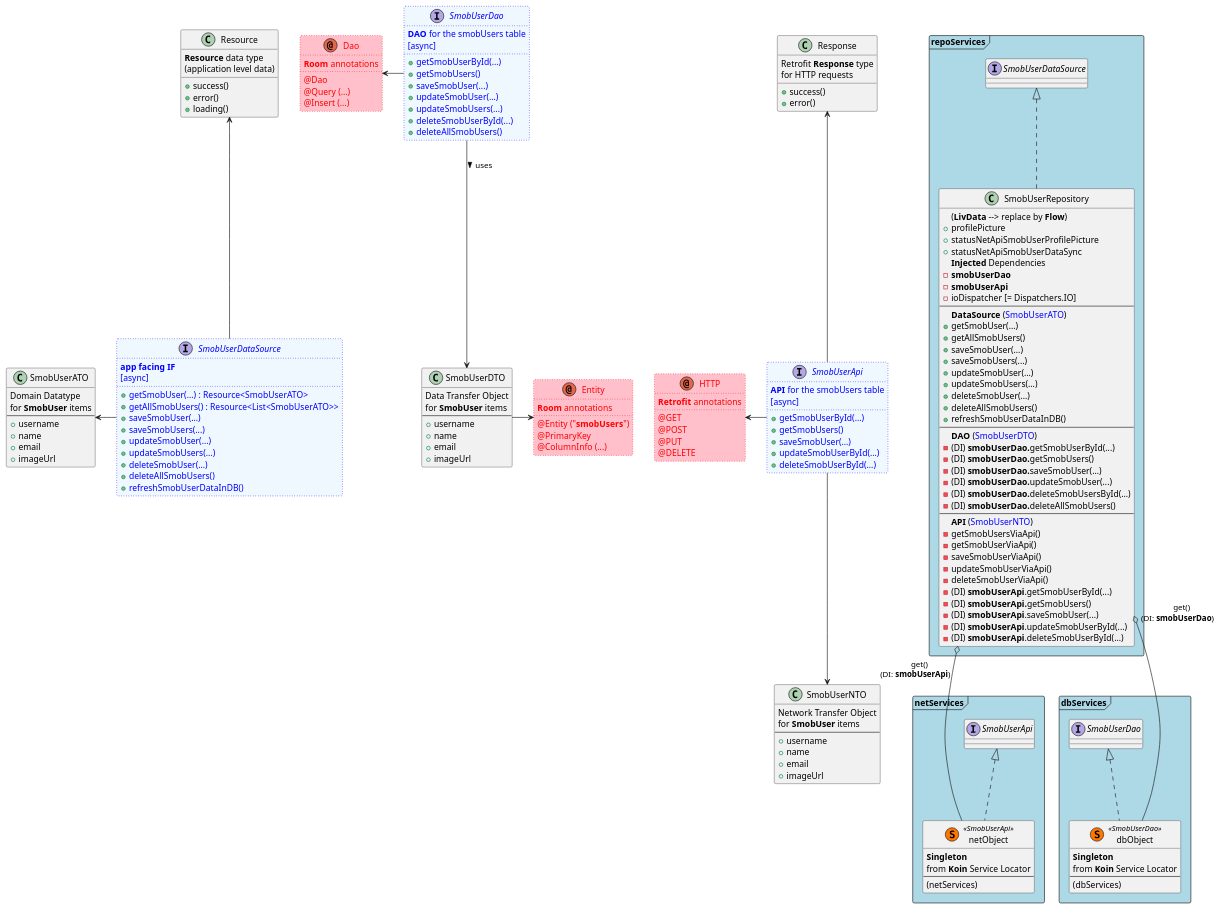
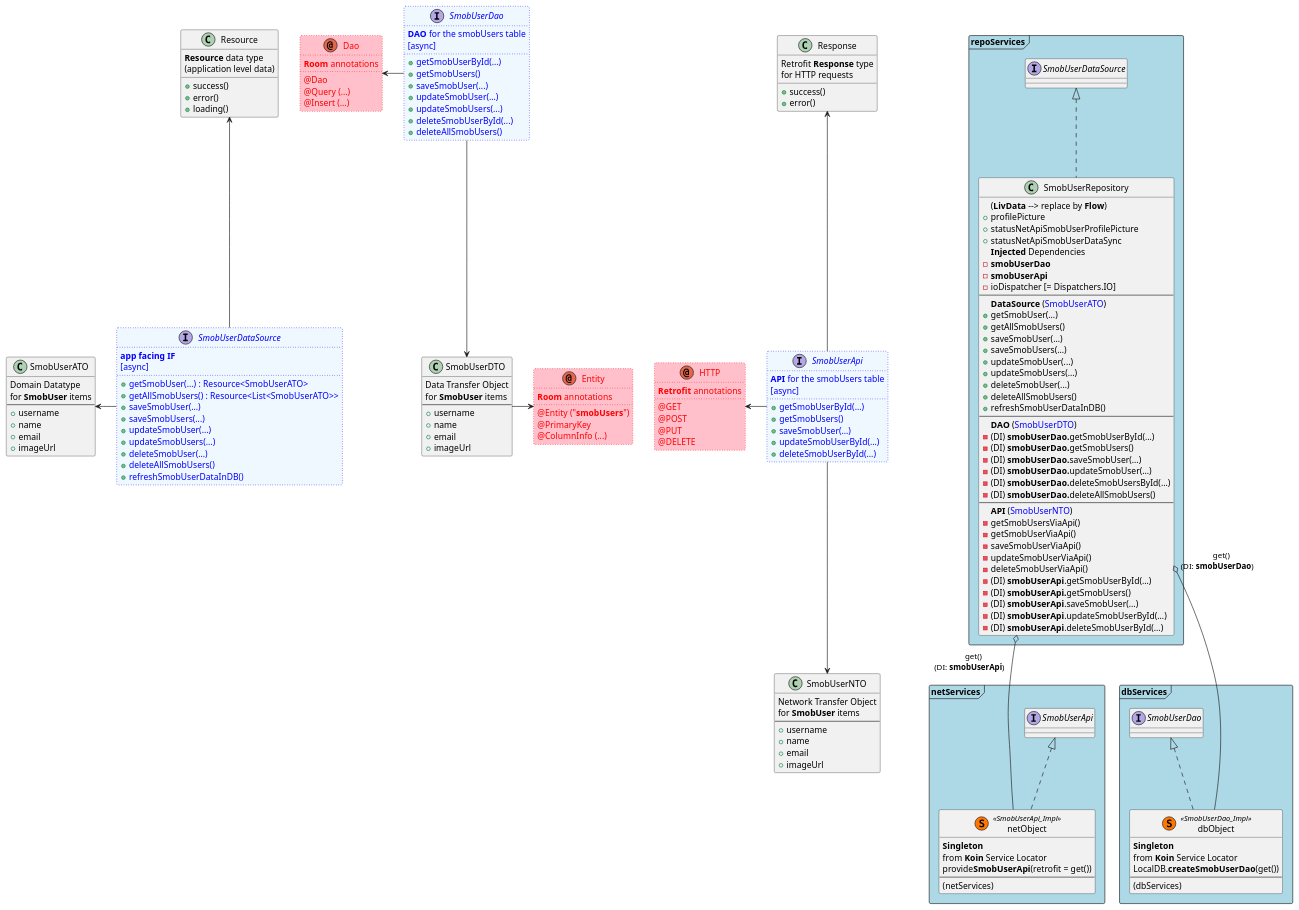
One commit to fwornle/ShopMob changed the diagram in doc/puml/smobUserRepository.md. Above: the diagram before and after it, drawn with PlantUML. The commit also changed 1 other file, not shown here.

Commit message:
update room DB UML

```diff
--- a/doc/puml/smobUserRepository.md
+++ b/doc/puml/smobUserRepository.md
@@ -101,9 +101,10 @@
 SmobUserApi -up-> Response
 
 frame "netServices" #Lightblue {
-    class netObject << (S,#FF7700) SmobUserApi>> implements SmobUserApi {
+    class netObject << (S,#FF7700) SmobUserApi_Impl>> implements SmobUserApi {
         **Singleton**
         from **Koin** Service Locator
+        provide**SmobUserApi**(retrofit = get())
         ---
         (netServices)
     }
@@ -120,7 +121,7 @@
     +imageUrl
 }
     
-SmobUserDao -down-> SmobUserDTO : uses >
+SmobUserDao -down-> SmobUserDTO
 
 annotation Entity #pink;line:red;line.dotted;text:red {
    **Room** annotations
@@ -141,9 +142,10 @@
 SmobUserDao -left-> Dao
 
 frame "dbServices" #Lightblue {
-    class dbObject << (S,#FF7700) SmobUserDao>> implements SmobUserDao {
+    class dbObject << (S,#FF7700) SmobUserDao_Impl>> implements SmobUserDao {
         **Singleton**
         from **Koin** Service Locator
+        LocalDB.**createSmobUserDao**(get())
         ---
         (dbServices)
     }
```
